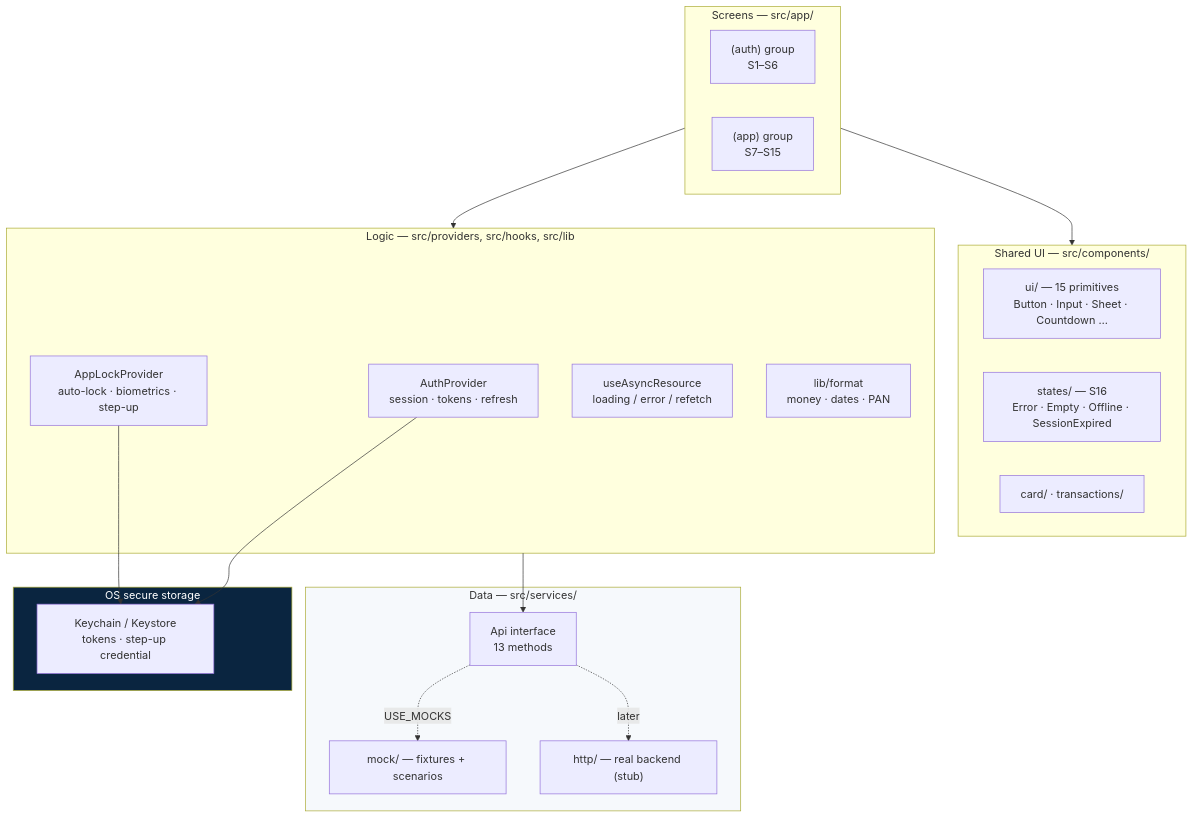
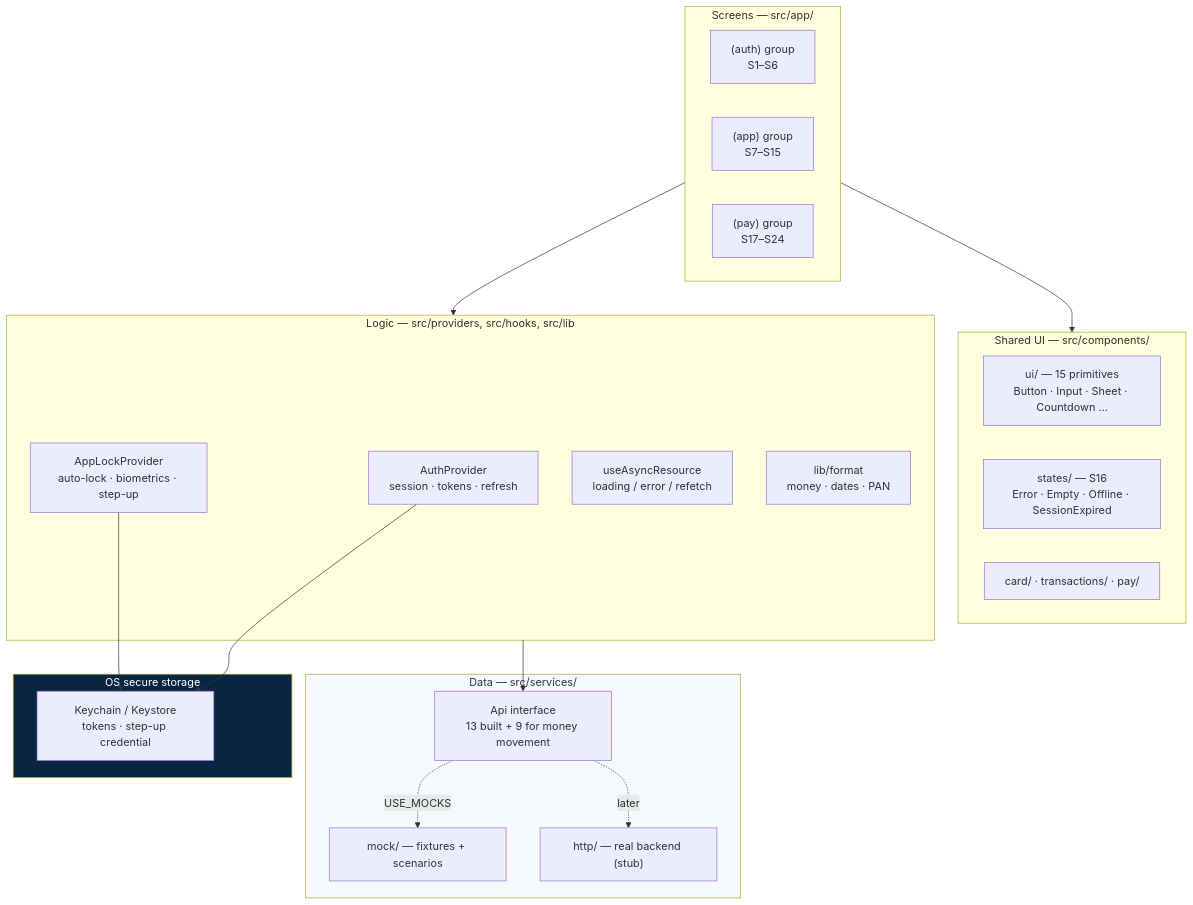
The first of 21 diagrams in docs/card-app-complete-spec.md (yr08ii/card-management-app), drawn with Mermaid before and after one commit. The commit also changed other lines of this file, not shown here.

First line of the commit message:
docs: add money movement to the plan (S17-S24)

````diff
--- a/docs/card-app-complete-spec.md
+++ b/docs/card-app-complete-spec.md
@@ -45,41 +46,42 @@
 ```mermaid
 flowchart TB
     subgraph UI["Screens — src/app/"]
         Auth["(auth) group<br/>S1–S6"]
         App["(app) group<br/>S7–S15"]
+        Pay["(pay) group<br/>S17–S24"]
     end
 
     subgraph Shared["Shared UI — src/components/"]
         Prim["ui/ — 15 primitives<br/>Button · Input · Sheet · Countdown …"]
         States["states/ — S16<br/>Error · Empty · Offline · SessionExpired"]
-        Feature["card/ · transactions/"]
+        Feature["card/ · transactions/ · pay/"]
     end
 
     subgraph Logic["Logic — src/providers, src/hooks, src/lib"]
         AuthP["AuthProvider<br/>session · tokens · refresh"]
         LockP["AppLockProvider<br/>auto-lock · biometrics · step-up"]
         Res["useAsyncResource<br/>loading / error / refetch"]
         Fmt["lib/format<br/>money · dates · PAN"]
     end
 
     subgraph Data["Data — src/services/"]
-        Api["Api interface<br/>13 methods"]
+        Api["Api interface<br/>13 built + 9 for money movement"]
         Mock["mock/ — fixtures + scenarios"]
         Http["http/ — real backend (stub)"]
     end
 
     UI --> Shared
     UI --> Logic
     Logic --> Api
     Api -.->|USE_MOCKS| Mock
     Api -.->|later| Http
 
     subgraph Secure["OS secure storage"]
         KC["Keychain / Keystore<br/>tokens · step-up credential"]
     end
     AuthP --> KC
     LockP --> KC
 
     style Secure fill:#0A2540,color:#fff
     style Data fill:#F6F9FC
 ```
````
